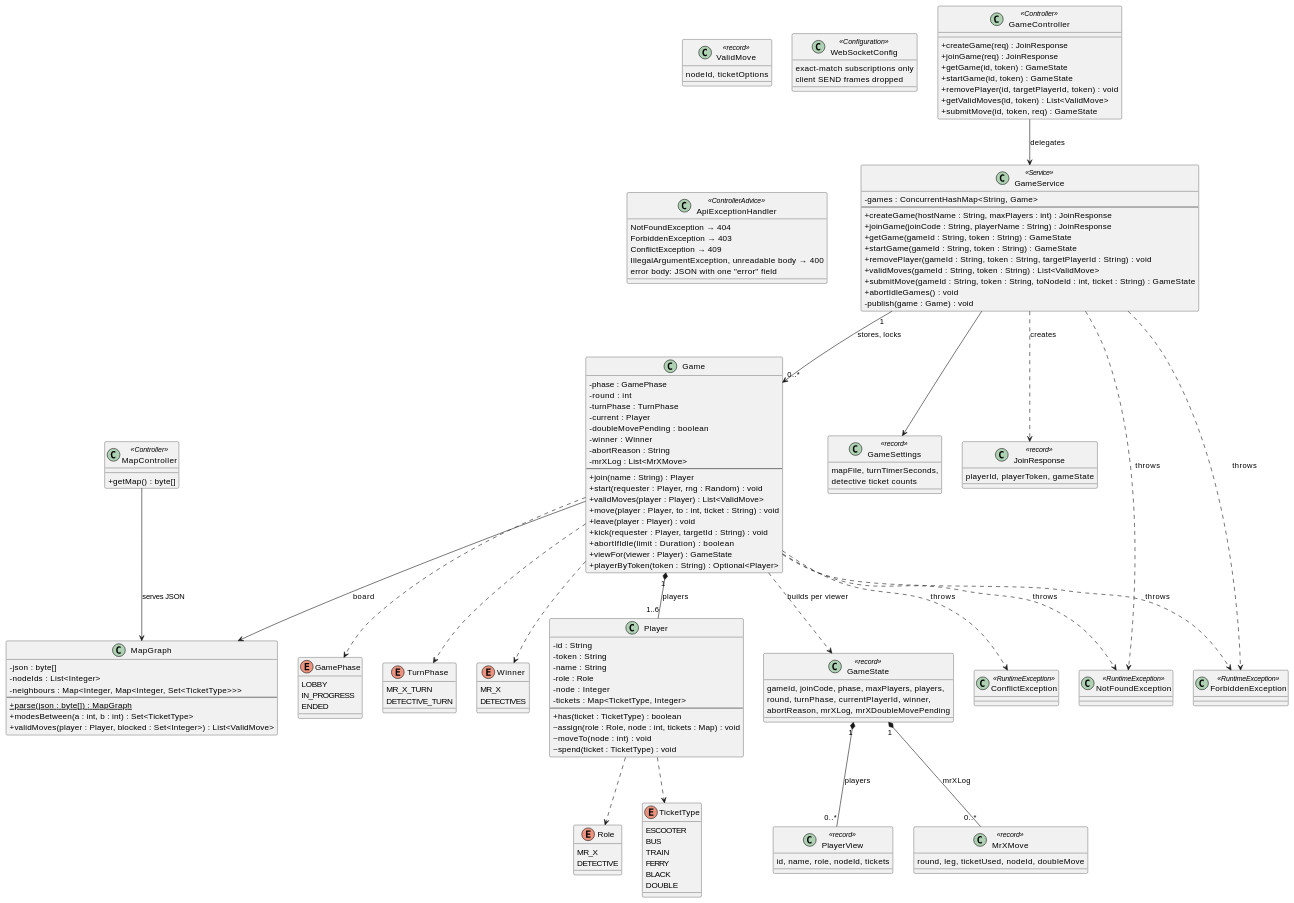
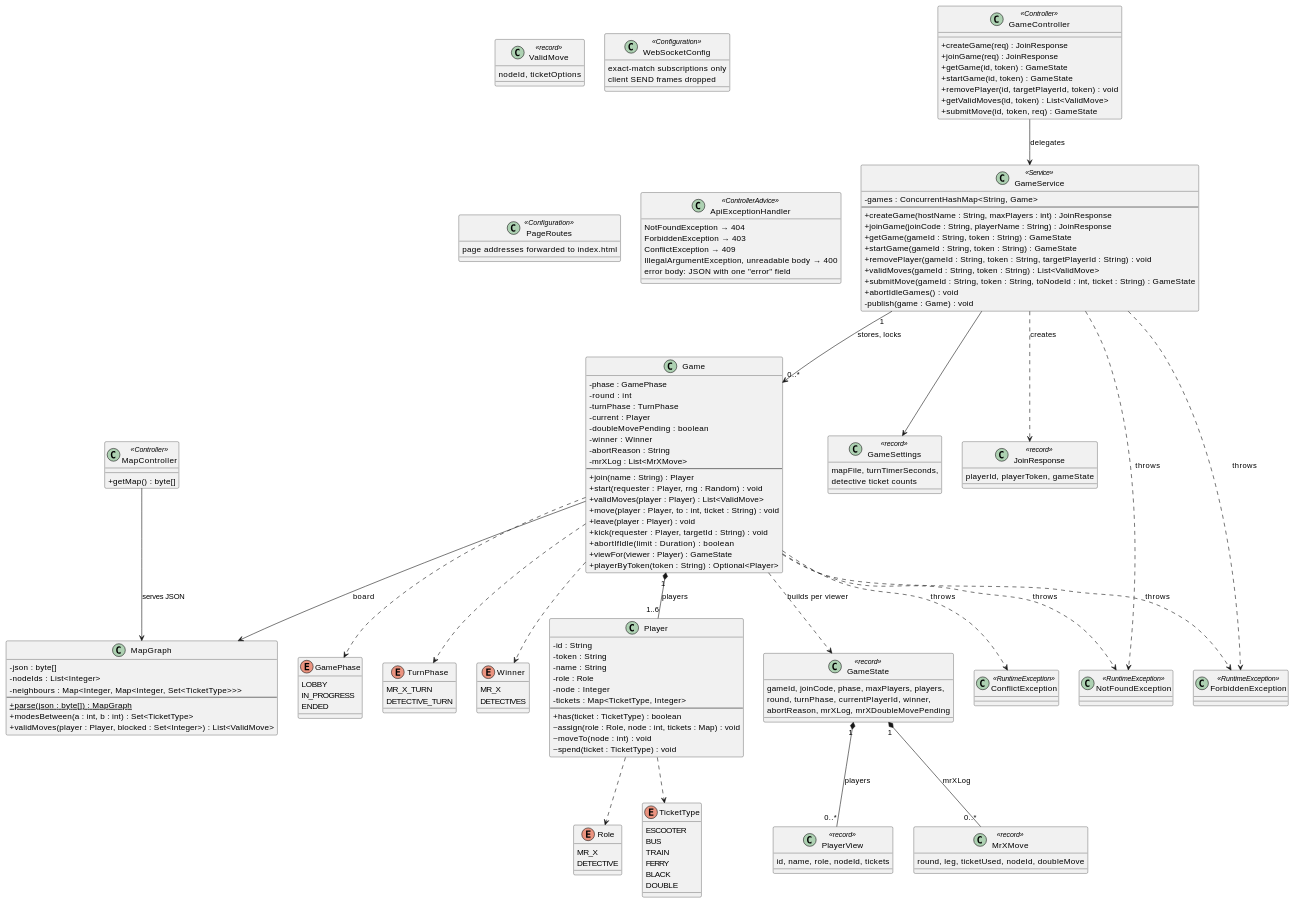
The second of 2 diagrams in documentation/plans/classdiagram.md (Ming-Bao/HuntingMrX), drawn with PlantUML before and after one commit. The commit also changed 13 other files, not shown here.

```diff
--- a/documentation/plans/classdiagram.md
+++ b/documentation/plans/classdiagram.md
@@ -184,6 +184,10 @@
     client SEND frames dropped
 }
 
+class PageRoutes <<Configuration>> {
+    page addresses forwarded to index.html
+}
+
 GameService "1" --> "0..*" Game : stores, locks
 GameService --> GameSettings
 GameService ..> JoinResponse : creates
```
